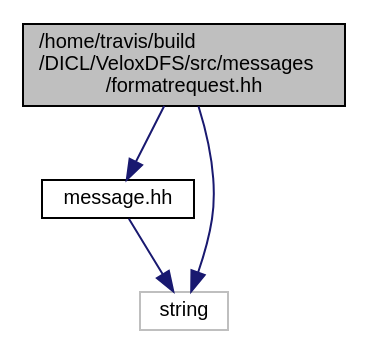
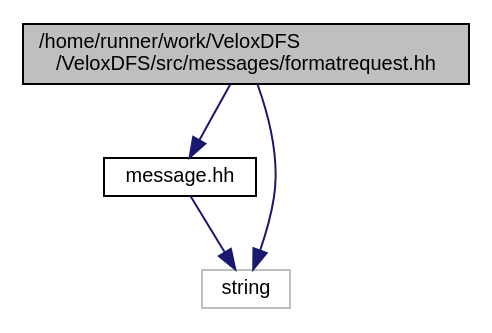
One commit to DICL/VeloxDFS changed the diagram in formatrequest_8hh__incl.dot. Above: the diagram before and after it, drawn with Graphviz. The commit also changed 1482 other files, not shown here.

```diff
--- a/formatrequest_8hh__incl.dot
+++ b/formatrequest_8hh__incl.dot
@@ -1,11 +1,12 @@
-digraph "/home/travis/build/DICL/VeloxDFS/src/messages/formatrequest.hh"
+digraph "/home/runner/work/VeloxDFS/VeloxDFS/src/messages/formatrequest.hh"
 {
+ // LATEX_PDF_SIZE
   edge [fontname="Helvetica",fontsize="10",labelfontname="Helvetica",labelfontsize="10"];
   node [fontname="Helvetica",fontsize="10",shape=record];
-  Node1 [label="/home/travis/build\l/DICL/VeloxDFS/src/messages\l/formatrequest.hh",height=0.2,width=0.4,color="black", fillcolor="grey75", style="filled" fontcolor="black"];
+  Node1 [label="/home/runner/work/VeloxDFS\l/VeloxDFS/src/messages/formatrequest.hh",height=0.2,width=0.4,color="black", fillcolor="grey75", style="filled", fontcolor="black",tooltip=" "];
   Node1 -> Node2 [color="midnightblue",fontsize="10",style="solid",fontname="Helvetica"];
-  Node2 [label="message.hh",height=0.2,width=0.4,color="black", fillcolor="white", style="filled",URL="$message_8hh.html"];
+  Node2 [label="message.hh",height=0.2,width=0.4,color="black", fillcolor="white", style="filled",URL="$message_8hh.html",tooltip=" "];
   Node2 -> Node3 [color="midnightblue",fontsize="10",style="solid",fontname="Helvetica"];
-  Node3 [label="string",height=0.2,width=0.4,color="grey75", fillcolor="white", style="filled"];
+  Node3 [label="string",height=0.2,width=0.4,color="grey75", fillcolor="white", style="filled",tooltip=" "];
   Node1 -> Node3 [color="midnightblue",fontsize="10",style="solid",fontname="Helvetica"];
 }
```
